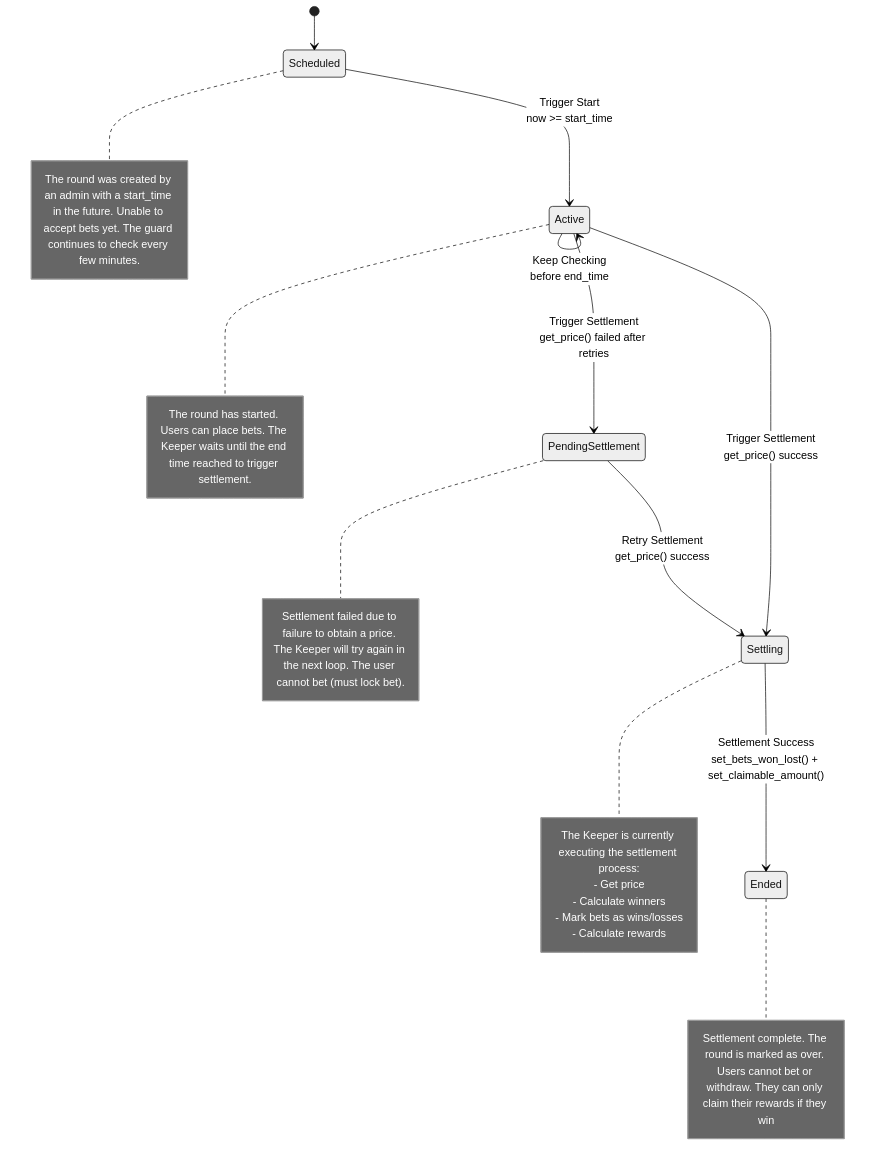
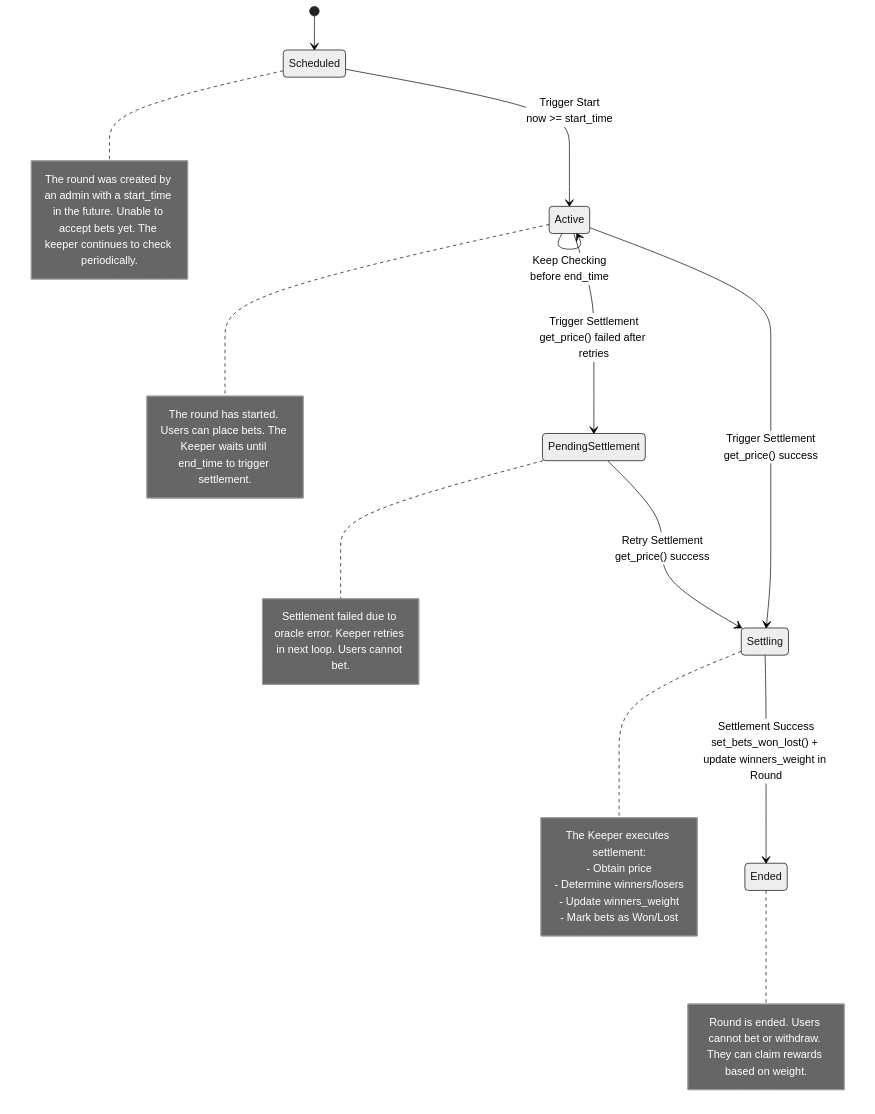
Before and after one commit to muhammad-akbrrr/gold-rush-smartcontract: the seventh of 7 diagrams in README.md, drawn with Mermaid (neutral theme). The commit also changed other lines of this file, not shown here.

Commit message:
fix(readme): bet account

````diff
--- a/README.md
+++ b/README.md
@@ -286,38 +302,38 @@
 ```mermaid
 stateDiagram-v2
     [*] --> Scheduled
 
     Scheduled --> Active: Trigger Start<br/>now >= start_time
     Active --> Active: Keep Checking<br/>before end_time
 
     Active --> PendingSettlement: Trigger Settlement<br/>get_price() failed after retries
     Active --> Settling: Trigger Settlement<br/>get_price() success
 
     PendingSettlement --> Settling: Retry Settlement<br/>get_price() success
 
-    Settling --> Ended: Settlement Success<br/>set_bets_won_lost() + set_claimable_amount()
+    Settling --> Ended: Settlement Success<br/>set_bets_won_lost() + update winners_weight in Round
 
     note right of Scheduled
-        The round was created by an admin with a start_time in the future. Unable to accept bets yet. The guard continues to check every few minutes.
+        The round was created by an admin with a start_time in the future. Unable to accept bets yet. The keeper continues to check periodically.
     end note
 
     note right of Active
-        The round has started. Users can place bets. The Keeper waits until the end time reached to trigger settlement.
+        The round has started. Users can place bets. The Keeper waits until end_time to trigger settlement.
     end note
 
     note right of PendingSettlement
-       Settlement failed due to failure to obtain a price. The Keeper will try again in the next loop. The user cannot bet (must lock bet).
+       Settlement failed due to oracle error. Keeper retries in next loop. Users cannot bet.
     end note
 
     note right of Settling
-        The Keeper is currently executing the settlement process:
-        - Get price
-        - Calculate winners
-        - Mark bets as wins/losses
-        - Calculate rewards
+        The Keeper executes settlement:
+        - Obtain price
+        - Determine winners/losers
+        - Update winners_weight
+        - Mark bets as Won/Lost
     end note
 
     note right of Ended
-        Settlement complete. The round is marked as over. Users cannot bet or withdraw. They can only claim their rewards if they win
+        Round is ended. Users cannot bet or withdraw. They can claim rewards based on weight.
     end note
 ```
````
